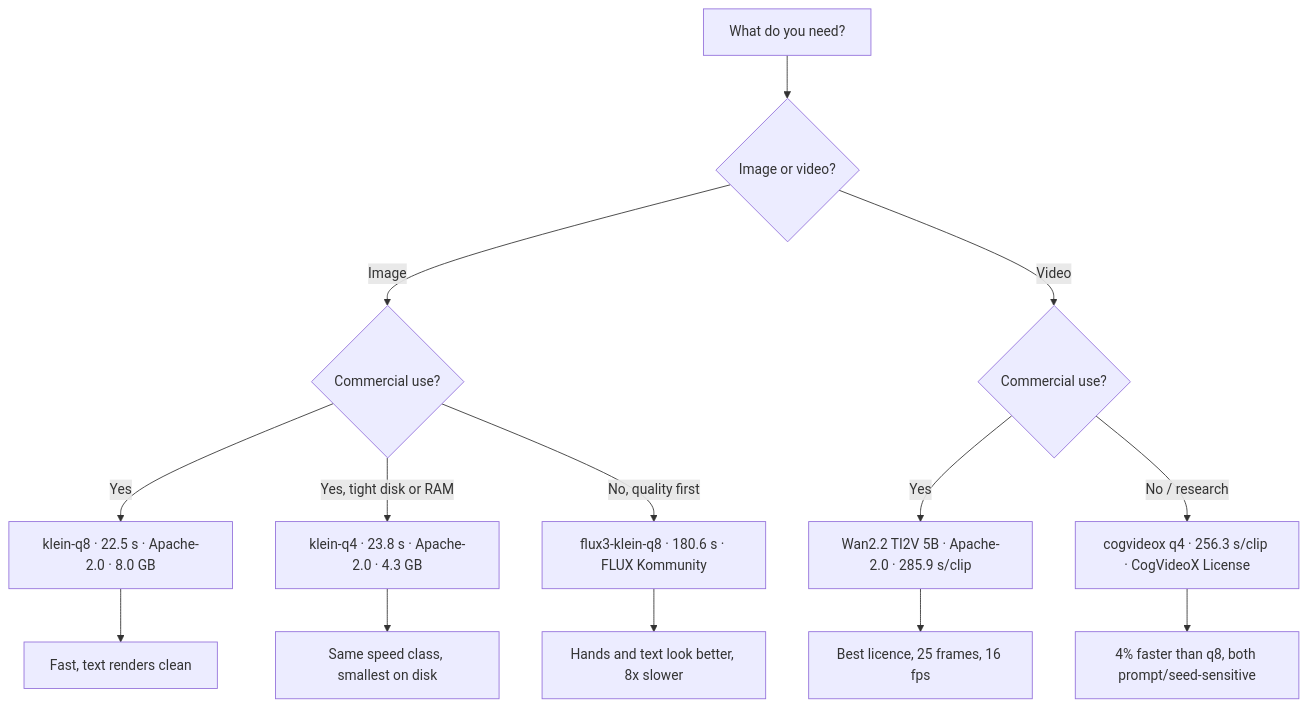
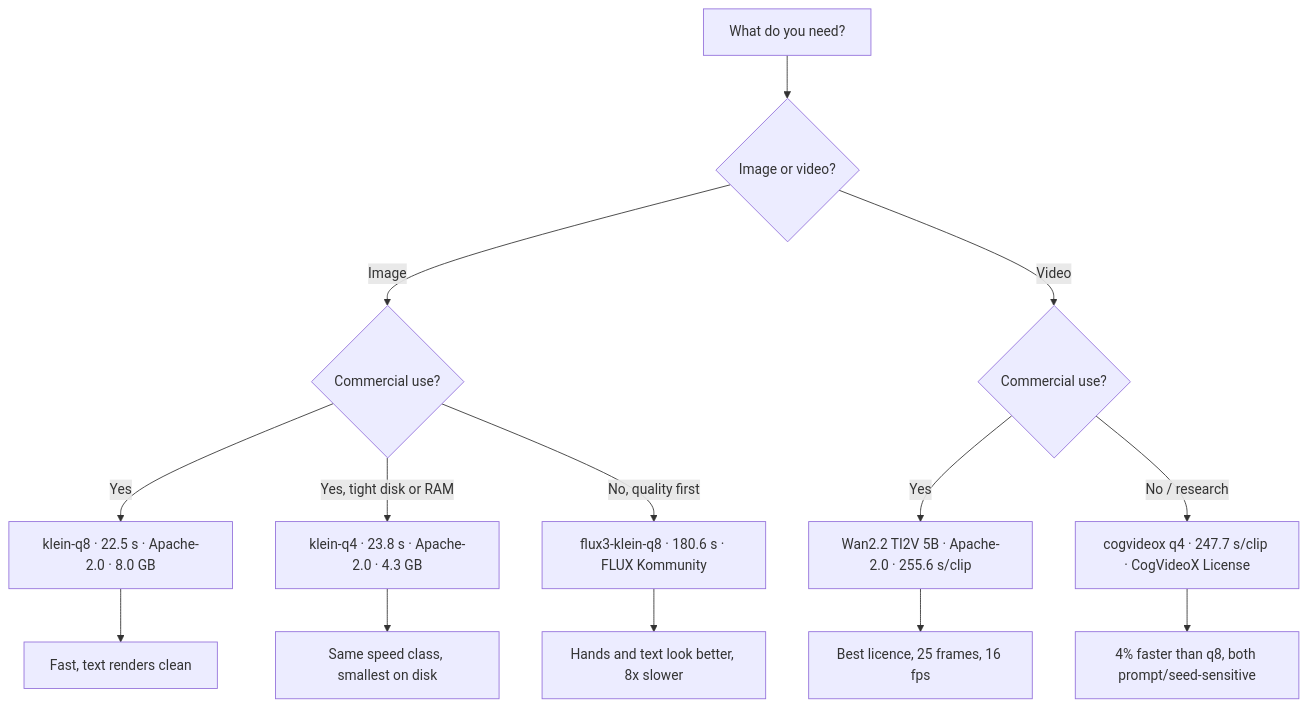
The first of 4 diagrams in README.md (mahirfatih/local-generation-benchmark-m1-max), drawn with Mermaid before and after one commit. The commit also changed other lines of this file and 23 other files, not shown here.

````diff
--- a/README.md
+++ b/README.md
@@ -42,16 +42,16 @@
 ```mermaid
 flowchart TD
     A[What do you need?] --> B{Image or video?}
     B -->|Image| C{Commercial use?}
     B -->|Video| D{Commercial use?}
     C -->|Yes| E[klein-q8 · 22.5 s · Apache-2.0 · 8.0 GB]
     C -->|Yes, tight disk or RAM| E4[klein-q4 · 23.8 s · Apache-2.0 · 4.3 GB]
     C -->|No, quality first| F[flux3-klein-q8 · 180.6 s · FLUX Kommunity]
-    D -->|Yes| G[Wan2.2 TI2V 5B · Apache-2.0 · 285.9 s/clip]
-    D -->|No / research| H[cogvideox q4 · 256.3 s/clip · CogVideoX License]
+    D -->|Yes| G[Wan2.2 TI2V 5B · Apache-2.0 · 255.6 s/clip]
+    D -->|No / research| H[cogvideox q4 · 247.7 s/clip · CogVideoX License]
     E --> I[Fast, text renders clean]
     E4 --> I4[Same speed class, smallest on disk]
     F --> J[Hands and text look better, 8x slower]
     G --> K[Best licence, 25 frames, 16 fps]
     H --> L[4% faster than q8, both prompt/seed-sensitive]
 ```
````
